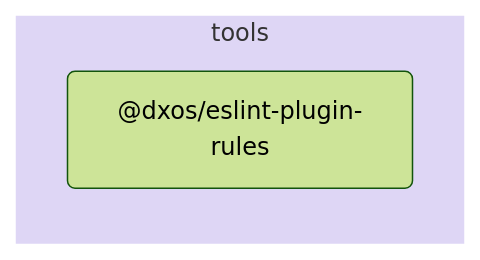
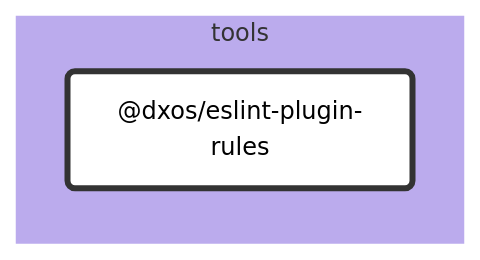
The diagram in tools/eslint-rules/docs/README.md (dxos/dxos), drawn with Mermaid (forest theme) before and after one commit. The commit also changed other lines of this file and 89 other files, not shown here.

````diff
--- a/tools/eslint-rules/docs/README.md
+++ b/tools/eslint-rules/docs/README.md
@@ -5,9 +7,25 @@
 ```mermaid
-flowchart LR;
+%%{ init: {'flowchart':{'curve':'basis'}} }%%
 
+flowchart LR
+
+%% Links
+
+%% Sections
 subgraph tools
-  style tools fill:#ded6f5,stroke:#fff;
-  dxos/eslint-plugin-rules("@dxos/eslint-plugin-rules");
+  style tools fill:#bbabed,stroke:#fff;
+
+  dxos/eslint-plugin-rules("@dxos/eslint-plugin-rules")
 end
 
+
+%% Hyperlinks
+
+%% Styles
+classDef rootNode fill:#fff,stroke:#333,stroke-width:4px
+classDef defaultNode fill:#fff,stroke:#333,stroke-width:1px
+linkStyle default stroke:#333,stroke-width:1px
+
+dxos/eslint-plugin-rules:::rootNode
+
 ```
````
